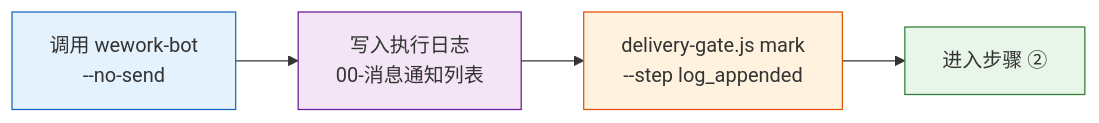
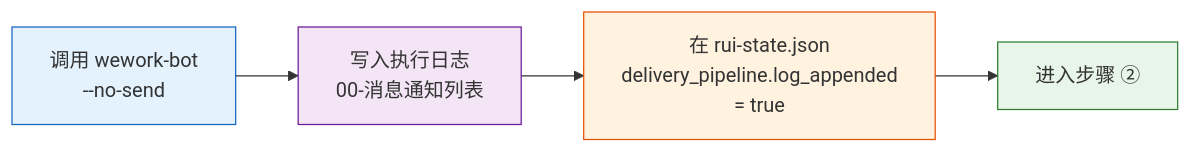
One commit to effiy/YrY changed the third of 10 diagrams in rules/delivery-gate.md. Above: the diagram before and after it, drawn with Mermaid. The commit also changed other lines of this file and 14 other files, not shown here.

````diff
--- a/rules/delivery-gate.md
+++ b/rules/delivery-gate.md
@@ -61,11 +61,11 @@
 ```mermaid
 flowchart LR
     CALL["调用 wework-bot<br/>--no-send"]:::step --> LOG["写入执行日志<br/>00-消息通知列表"]:::out
-    LOG --> MARK["delivery-gate.js mark<br/>--step log_appended"]:::mark
+    LOG --> MARK["在 rui-state.json<br/>delivery_pipeline.log_appended<br/>= true"]:::mark
     MARK --> NEXT["进入步骤 ②"]:::next
 
     classDef step fill:#e3f2fd,stroke:#1565c0;
     classDef out fill:#f3e5f5,stroke:#6a1b9a;
     classDef mark fill:#fff3e0,stroke:#e65100;
     classDef next fill:#e8f5e9,stroke:#2e7d32;
 ```
````
